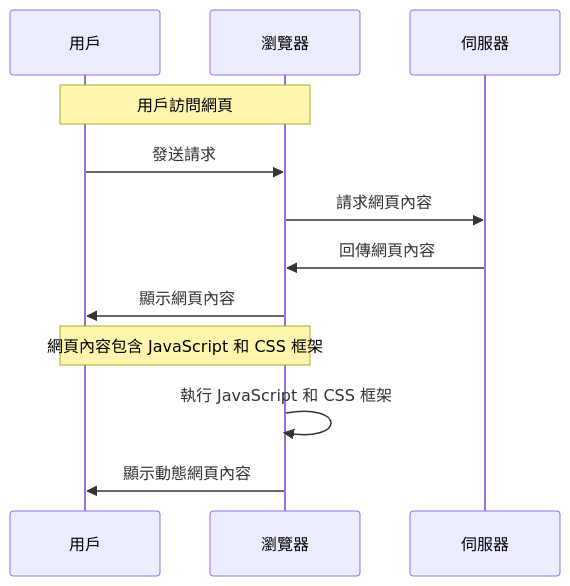
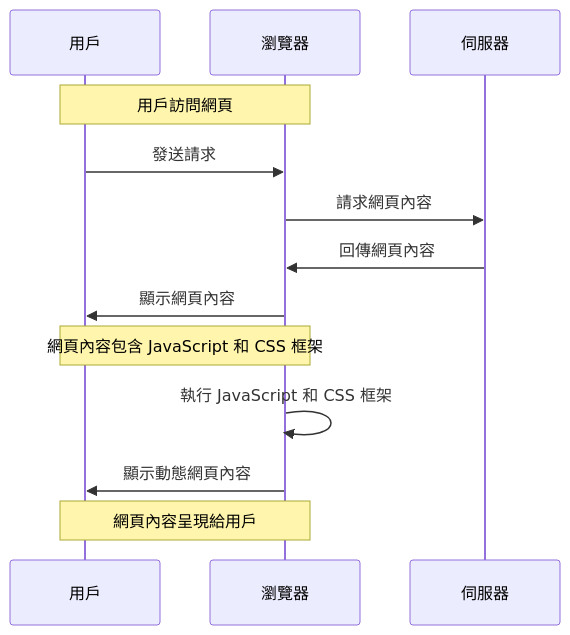
Before and after one commit to a920604a/engineernews: the diagram in src/content/posts/product/_2026-05-23-may-the-4th-be-with-you.md, drawn with Mermaid. The commit also changed 4 other files, not shown here.

Commit message:
fix: auto-fix mermaid syntax errors in posts

````diff
--- a/src/content/posts/product/_2026-05-23-may-the-4th-be-with-you.md
+++ b/src/content/posts/product/_2026-05-23-may-the-4th-be-with-you.md
@@ -29,15 +29,16 @@
 ```mermaid
 sequenceDiagram
     participant User as 用戶
     participant Browser as 瀏覽器
     participant Server as 伺服器
 
     Note over User,Browser: 用戶訪問網頁
     User->>Browser: 發送請求
     Browser->>Server: 請求網頁內容
     Server->>Browser: 回傳網頁內容
     Browser->>User: 顯示網頁內容
     Note over User,Browser: 網頁內容包含 JavaScript 和 CSS 框架
     Browser->>Browser: 執行 JavaScript 和 CSS 框架
     Browser->>User: 顯示動態網頁內容
+    Note over User,Browser: 網頁內容呈現給用戶
 ```
````
